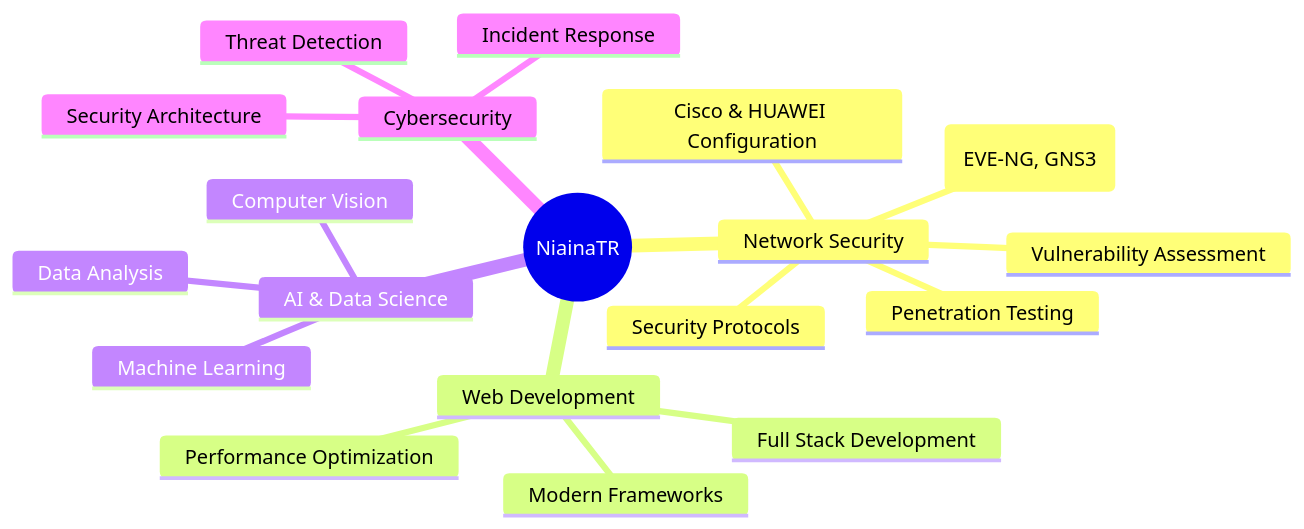
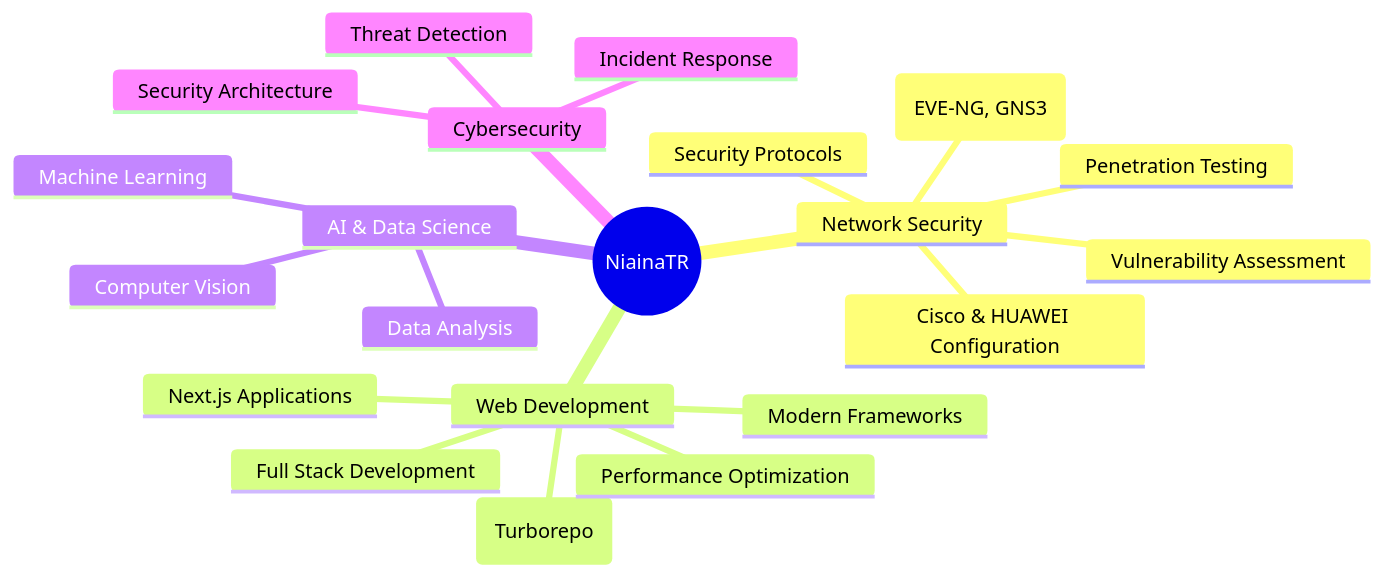
One commit to NiainaTR/NiainaTR changed the diagram in README.md. Above: the diagram before and after it, drawn with Mermaid. The commit also changed other lines of this file, not shown here.

````diff
--- a/README.md
+++ b/README.md
@@ -145,22 +147,24 @@
 ```mermaid
 mindmap
   root((NiainaTR))
     Network Security
       Network Simulation (EVE-NG, GNS3)
       Cisco & HUAWEI Configuration
       Penetration Testing
       Vulnerability Assessment
       Security Protocols
     Web Development
       Full Stack Development
+      Monorepo Architecture (Turborepo)
+      Next.js Applications
       Modern Frameworks
       Performance Optimization
     AI & Data Science
       Machine Learning
       Data Analysis
       Computer Vision
     Cybersecurity
       Threat Detection
       Incident Response
       Security Architecture
 ```
````
